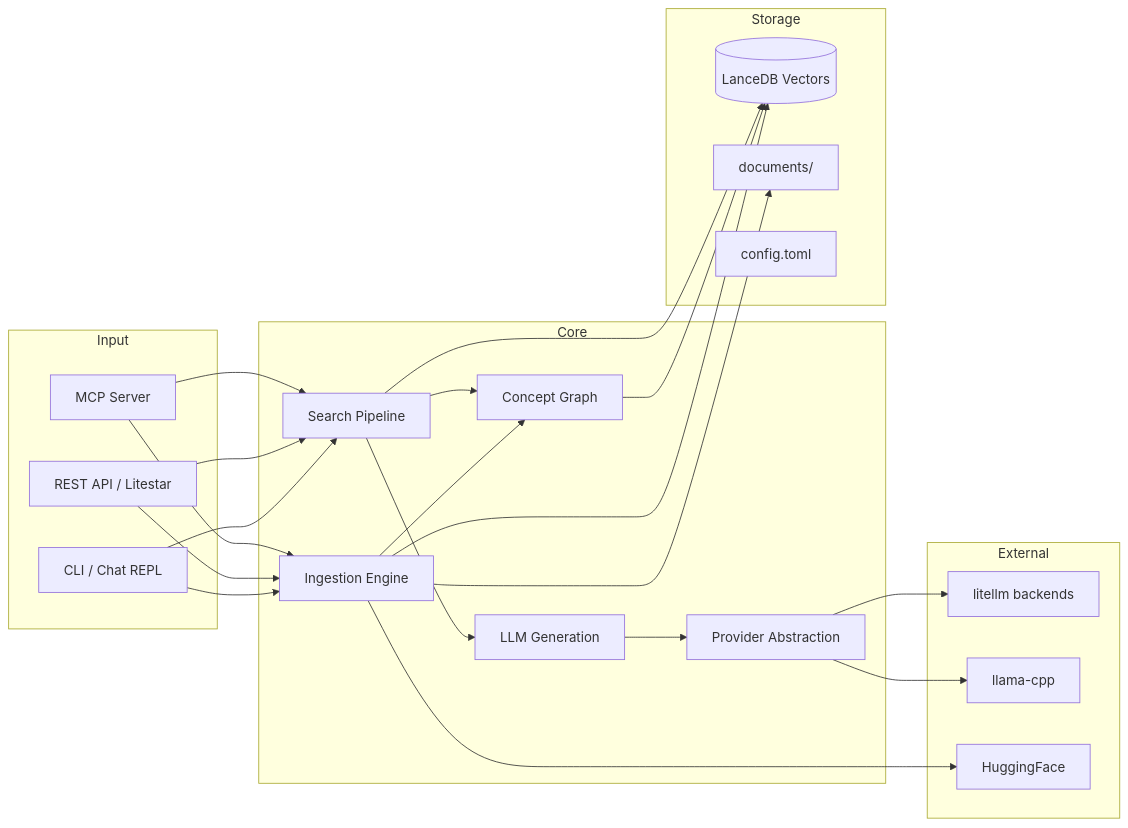
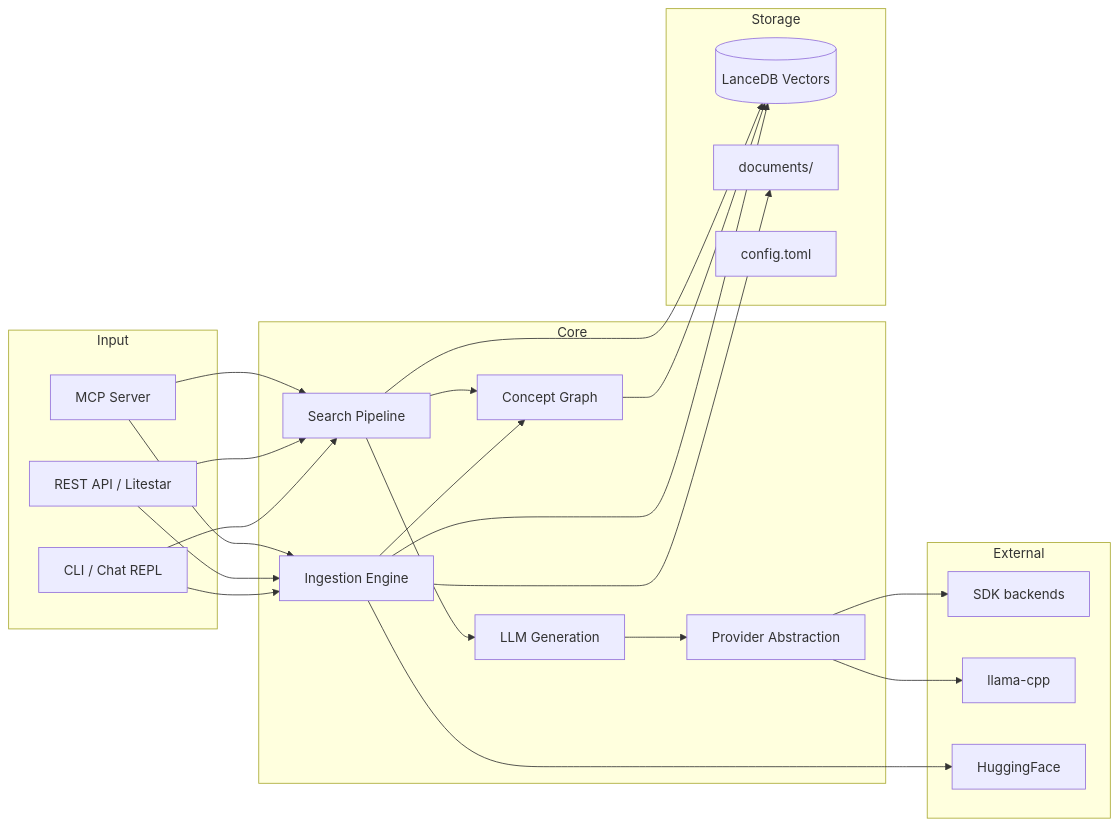
The first of 3 diagrams in docs/architecture.md (tobocop2/lilbee), drawn with Mermaid before and after one commit. The commit also changed other lines of this file and 4 other files, not shown here.

````diff
--- a/docs/architecture.md
+++ b/docs/architecture.md
@@ -15,42 +15,42 @@
 ```mermaid
 flowchart LR
     subgraph Input
         CLI[CLI / Chat REPL]
         API[REST API / Litestar]
         MCP[MCP Server]
     end
 
     subgraph Core
         INGEST[Ingestion Engine]
         CONCEPT[Concept Graph]
         SEARCH[Search Pipeline]
         GEN[LLM Generation]
         PROV[Provider Abstraction]
     end
 
     subgraph Storage
         LANCE[(LanceDB Vectors)]
         DOCS[documents/]
         CONF[config.toml]
     end
 
     subgraph External
-        LITELLM[litellm backends]
+        SDK[SDK backends]
         LLAMA[llama-cpp]
         HF[HuggingFace]
     end
 
     CLI --> SEARCH & INGEST
     API --> SEARCH & INGEST
     MCP --> SEARCH & INGEST
 
     INGEST --> LANCE & DOCS
     INGEST --> CONCEPT
     CONCEPT --> LANCE
     SEARCH --> LANCE
     SEARCH --> CONCEPT
     SEARCH --> GEN
     GEN --> PROV
-    PROV --> LITELLM & LLAMA
+    PROV --> SDK & LLAMA
     INGEST --> HF
 ```
````
